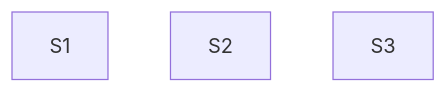
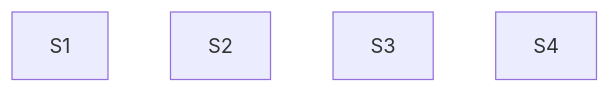
Before and after one commit to lmmoreira/ikaro: the diagram in td/TD54-FOLLOW-UPS-FROM-THE-TD53-DOCS-AUDIT.md, drawn with Mermaid. The commit also changed other lines of this file and 1 other file, not shown here.

````diff
--- a/td/TD54-FOLLOW-UPS-FROM-THE-TD53-DOCS-AUDIT.md
+++ b/td/TD54-FOLLOW-UPS-FROM-THE-TD53-DOCS-AUDIT.md
@@ -26,6 +27,7 @@
 ```mermaid
 graph TD
   S1
   S2
   S3
+  S4
 ```
````
